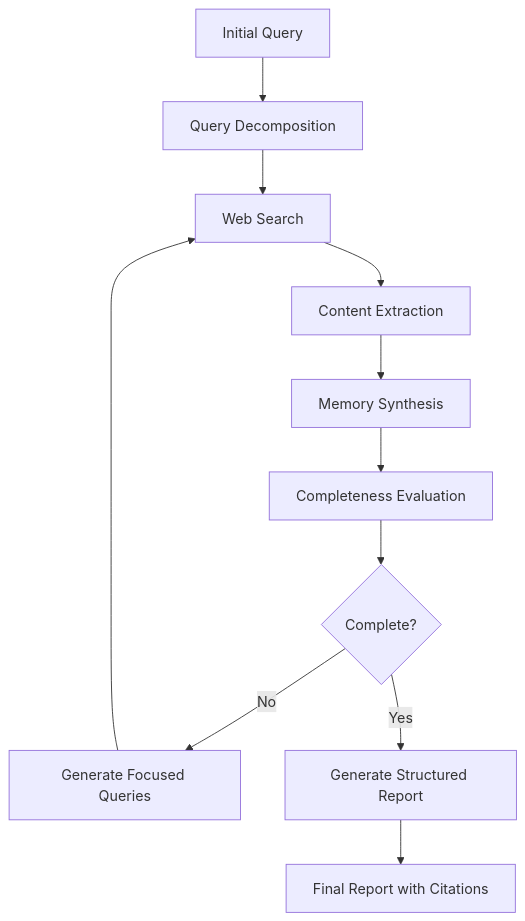
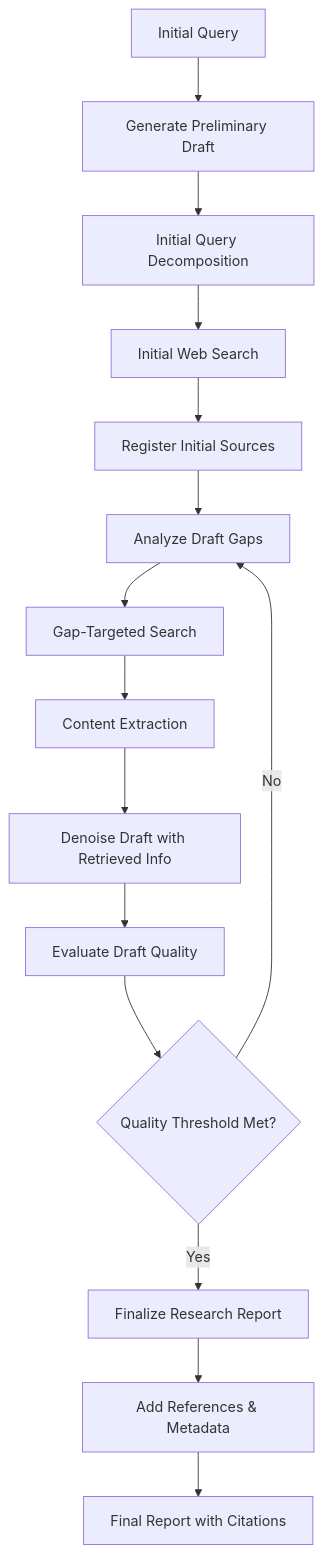
One commit to codelion/optillm changed the diagram in optillm/plugins/deep_research/README.md. Above: the diagram before and after it, drawn with Mermaid. The commit also changed other lines of this file and 1 other file, not shown here.

````diff
--- a/optillm/plugins/deep_research/README.md
+++ b/optillm/plugins/deep_research/README.md
@@ -54,13 +59,17 @@
 ```mermaid
 graph TD
-    A[Initial Query] --> B[Query Decomposition]
-    B --> C[Web Search]
-    C --> D[Content Extraction]
-    D --> E[Memory Synthesis]
-    E --> F[Completeness Evaluation]
-    F --> G{Complete?}
-    G -->|No| H[Generate Focused Queries]
-    H --> C
-    G -->|Yes| I[Generate Structured Report]
-    I --> J[Final Report with Citations]
+    A[Initial Query] --> B[Generate Preliminary Draft]
+    B --> C[Initial Query Decomposition]
+    C --> D[Initial Web Search]
+    D --> E[Register Initial Sources]
+    E --> F[Analyze Draft Gaps]
+    F --> G[Gap-Targeted Search]
+    G --> H[Content Extraction]
+    H --> I[Denoise Draft with Retrieved Info]
+    I --> J[Evaluate Draft Quality]
+    J --> K{Quality Threshold Met?}
+    K -->|No| F
+    K -->|Yes| L[Finalize Research Report]
+    L --> M[Add References & Metadata]
+    M --> N[Final Report with Citations]
 ```
````
